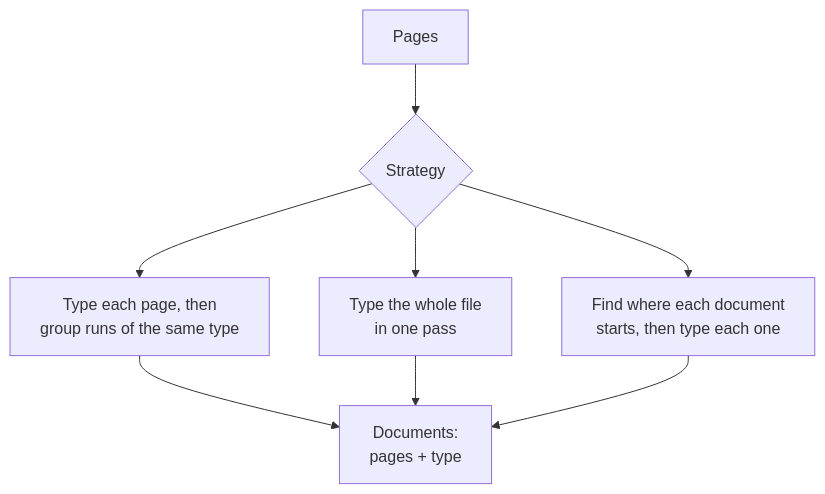
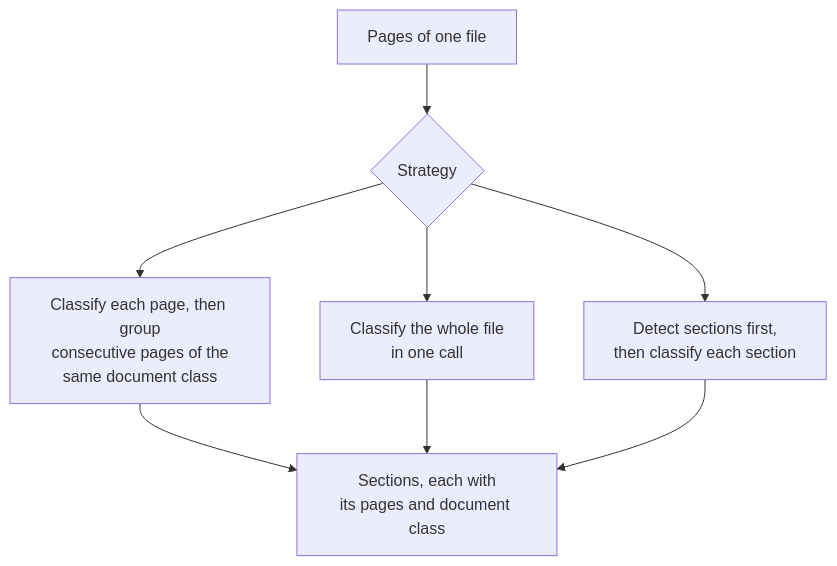
Before and after one commit to aws-solutions-library-samples/accelerated-intelligent-document-processing-on-aws: the second of 2 diagrams in docs/idp-fundamentals/splitting-and-classification.md, drawn with Mermaid. The commit also changed other lines of this file and 6 other files, not shown here.

````diff
--- a/docs/idp-fundamentals/splitting-and-classification.md
+++ b/docs/idp-fundamentals/splitting-and-classification.md
@@ -107,10 +133,10 @@
 ```mermaid
 flowchart TD
-    A[Pages] --> B{"Strategy"}
-    B --> C["Type each page, then<br/>group runs of the same type"]
-    B --> D["Type the whole file<br/>in one pass"]
-    B --> E["Find where each document<br/>starts, then type each one"]
-    C --> F["Documents:<br/>pages + type"]
+    A[Pages of one file] --> B{"Strategy"}
+    B --> C["Classify each page, then group<br/>consecutive pages of the<br/>same document class"]
+    B --> D["Classify the whole file<br/>in one call"]
+    B --> E["Detect sections first,<br/>then classify each section"]
+    C --> F["Sections, each with<br/>its pages and document class"]
     D --> F
     E --> F
 ```
````
